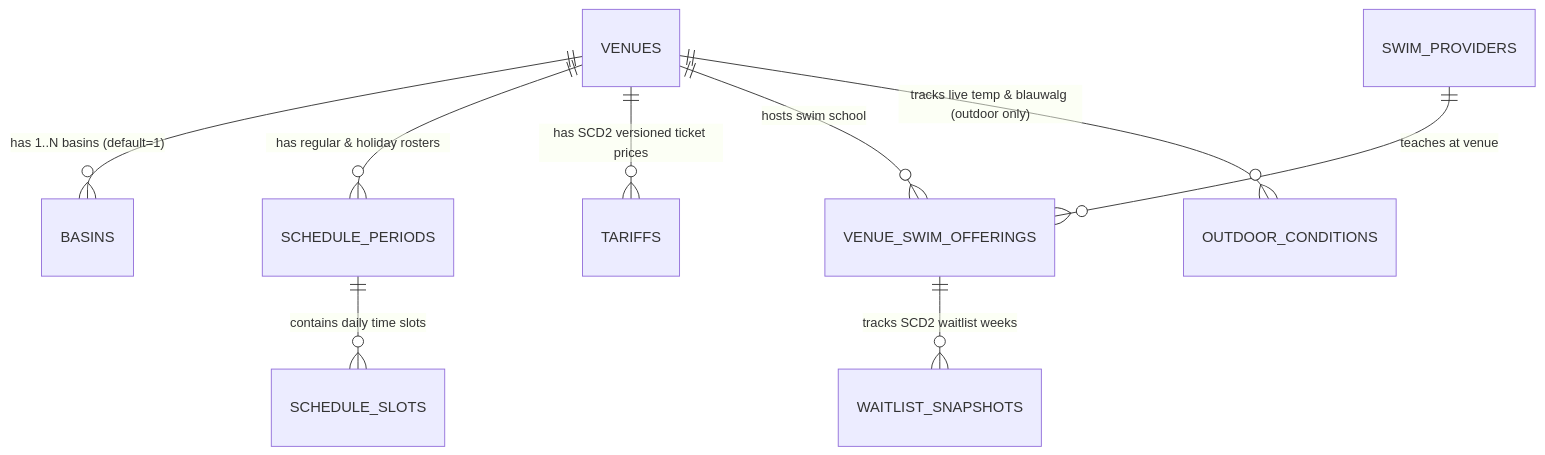
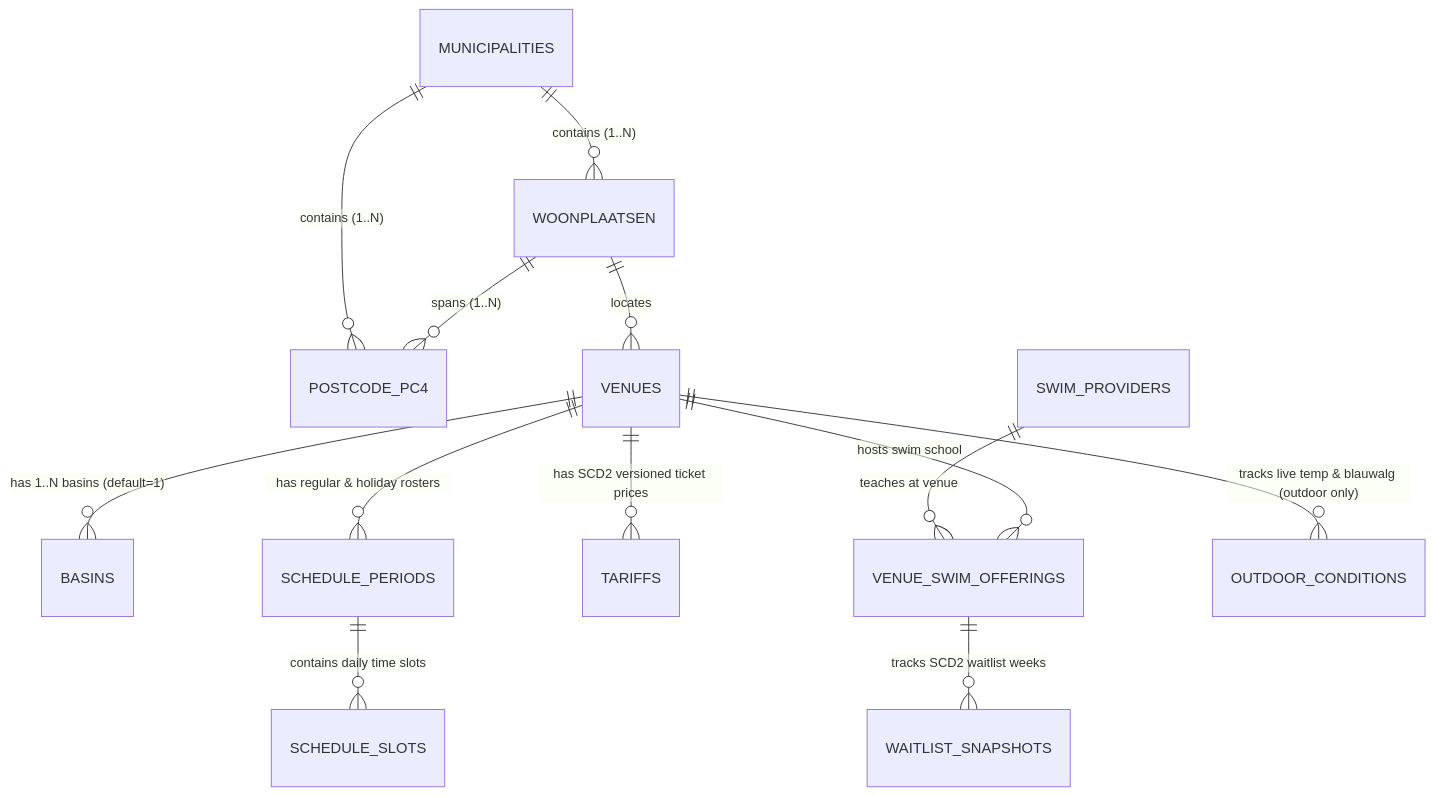
One commit to sramzz/swimming changed the diagram in database-context/SCHEMA_FOR_DUMMIES.md. Above: the diagram before and after it, drawn with Mermaid. The commit also changed other lines of this file and 36 other files, not shown here.

````diff
--- a/database-context/SCHEMA_FOR_DUMMIES.md
+++ b/database-context/SCHEMA_FOR_DUMMIES.md
@@ -18,11 +18,15 @@
 ```mermaid
 erDiagram
+    MUNICIPALITIES ||--o{ WOONPLAATSEN : "contains (1..N)"
+    MUNICIPALITIES ||--o{ POSTCODE_PC4 : "contains (1..N)"
+    WOONPLAATSEN ||--o{ POSTCODE_PC4 : "spans (1..N)"
+    WOONPLAATSEN ||--o{ VENUES : "locates"
     VENUES ||--o{ BASINS : "has 1..N basins (default=1)"
     VENUES ||--o{ SCHEDULE_PERIODS : "has regular & holiday rosters"
     SCHEDULE_PERIODS ||--o{ SCHEDULE_SLOTS : "contains daily time slots"
     VENUES ||--o{ TARIFFS : "has SCD2 versioned ticket prices"
     SWIM_PROVIDERS ||--o{ VENUE_SWIM_OFFERINGS : "teaches at venue"
     VENUES ||--o{ VENUE_SWIM_OFFERINGS : "hosts swim school"
     VENUE_SWIM_OFFERINGS ||--o{ WAITLIST_SNAPSHOTS : "tracks SCD2 waitlist weeks"
     VENUES ||--o{ OUTDOOR_CONDITIONS : "tracks live temp & blauwalg (outdoor only)"
 ```
````
